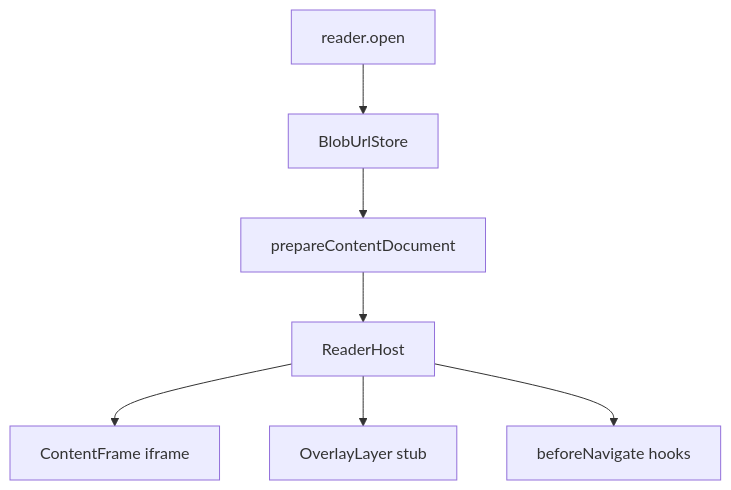
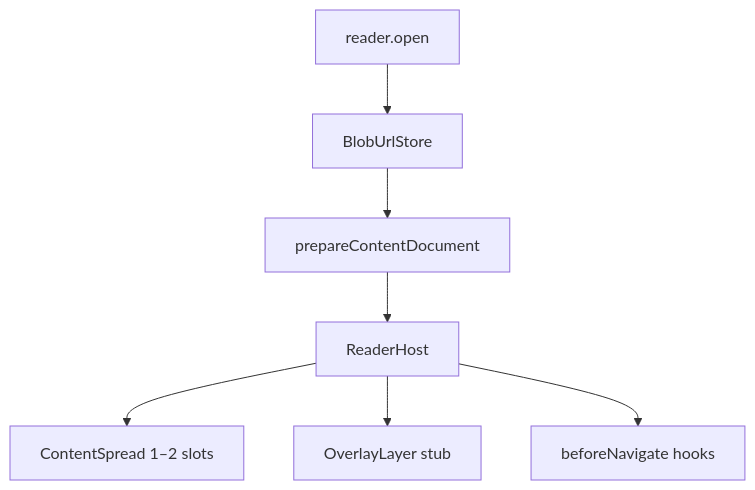
One commit to levanlom96/lomreader changed the diagram in packages/lomreader/docs/rendering.md. Above: the diagram before and after it, drawn with Mermaid. The commit also changed other lines of this file and 12 other files, not shown here.

````diff
--- a/packages/lomreader/docs/rendering.md
+++ b/packages/lomreader/docs/rendering.md
@@ -9,9 +9,9 @@
 ```mermaid
 flowchart TD
   Open[reader.open] --> BlobStore[BlobUrlStore]
   BlobStore --> Prepare[prepareContentDocument]
   Prepare --> ReaderHost[ReaderHost]
-  ReaderHost --> ContentFrame[ContentFrame iframe]
+  ReaderHost --> ContentSpread[ContentSpread 1–2 slots]
   ReaderHost --> OverlayStub[OverlayLayer stub]
   ReaderHost --> Pipeline[beforeNavigate hooks]
 ```
````
